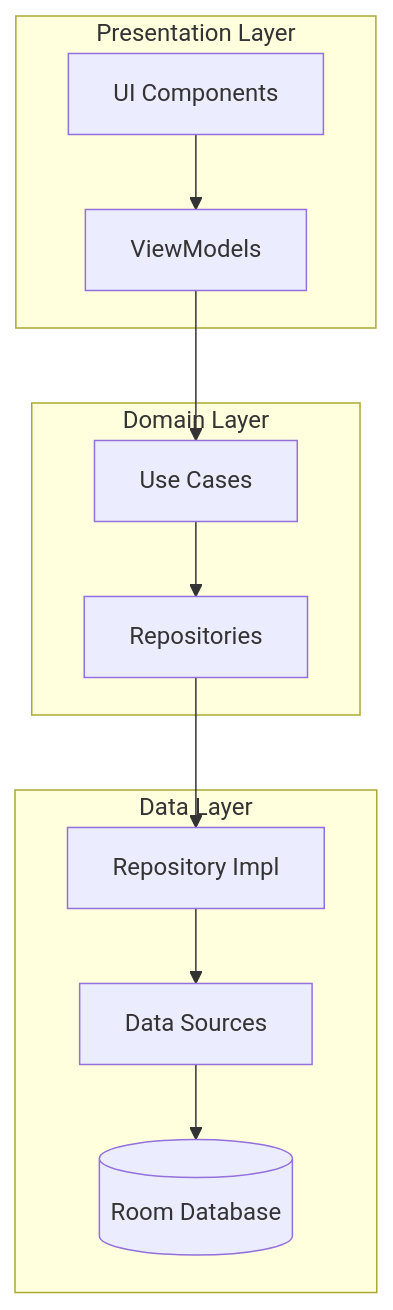
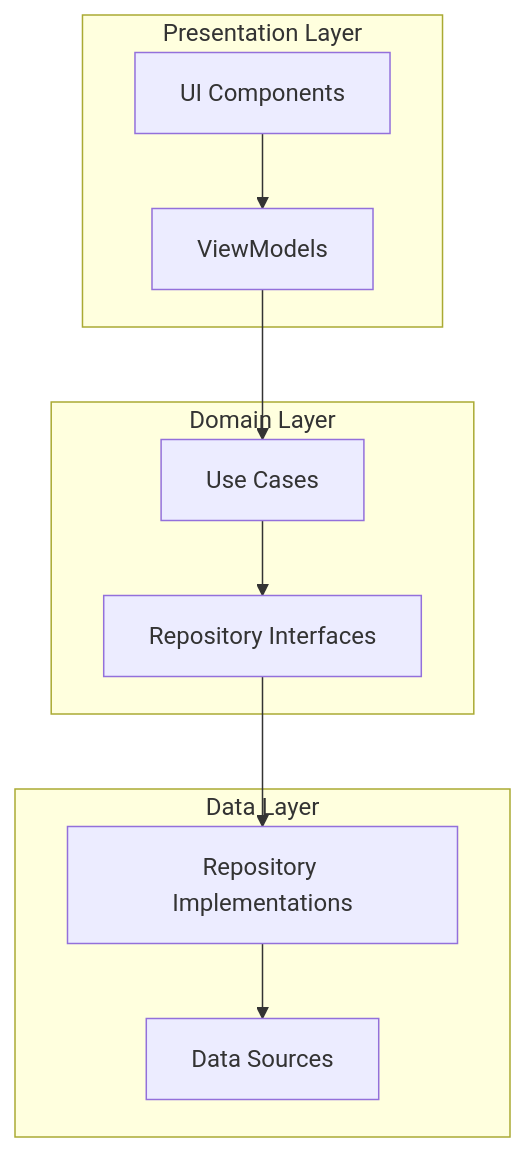
The second of 6 diagrams in README.md (mahersavara/Dingo), drawn with Mermaid before and after one commit. The commit also changed other lines of this file and 15 other files, not shown here.

First line of the commit message:
feat(auth): Implement complete authentication flow

````diff
--- a/README.md
+++ b/README.md
@@ -244,25 +286,23 @@
 ```mermaid
 graph TB
     subgraph Presentation Layer
         UI[UI Components]
         VM[ViewModels]
     end
     
     subgraph Domain Layer
-        R[Repositories]
         UC[Use Cases]
+        RE[Repository Interfaces]
     end
     
     subgraph Data Layer
-        RI[Repository Impl]
+        RI[Repository Implementations]
         DS[Data Sources]
-        DB[(Room Database)]
     end
-
+    
     UI --> VM
     VM --> UC
-    UC --> R
-    R --> RI
+    UC --> RE
+    RE --> RI
     RI --> DS
-    DS --> DB
 ```
````
